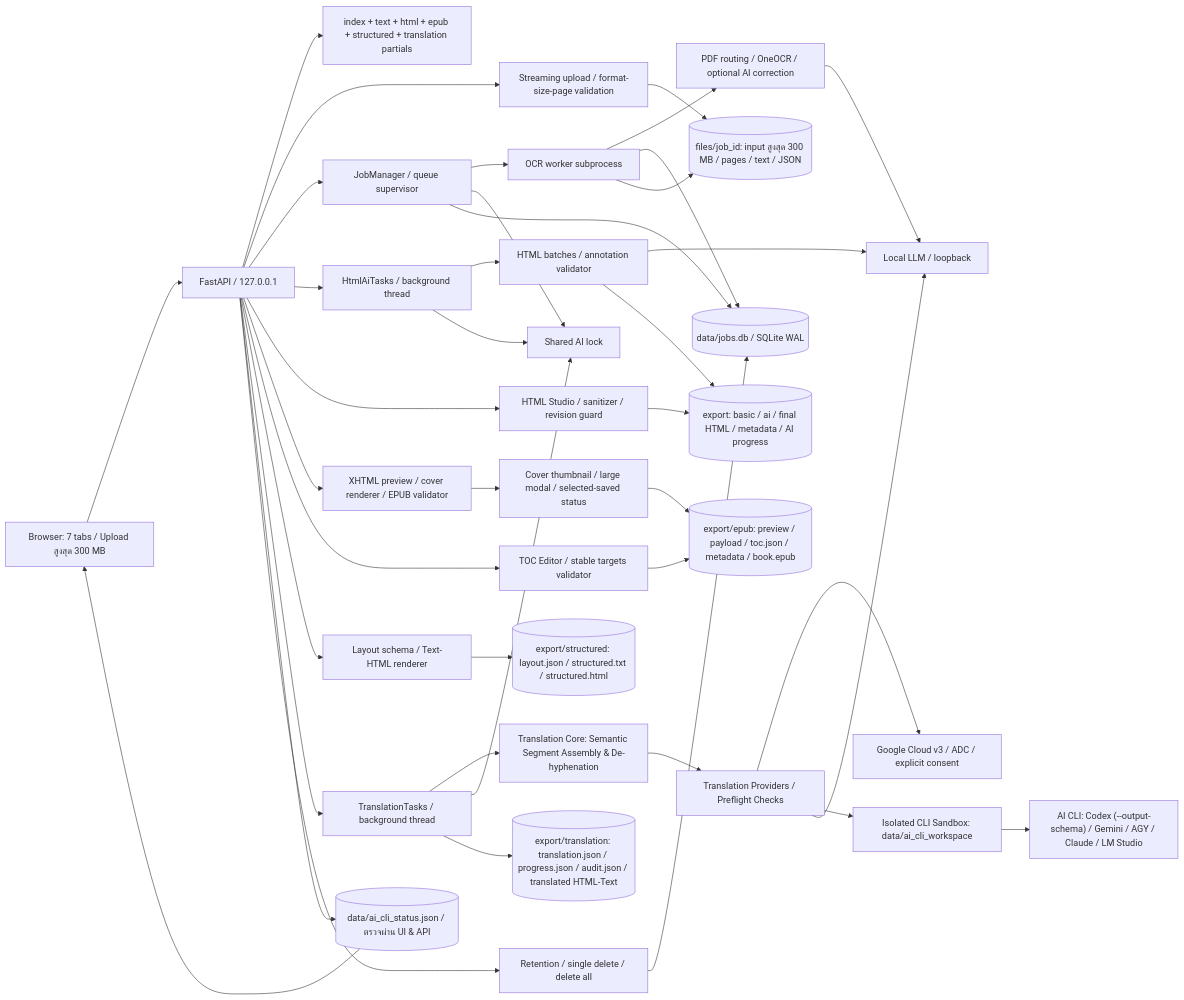
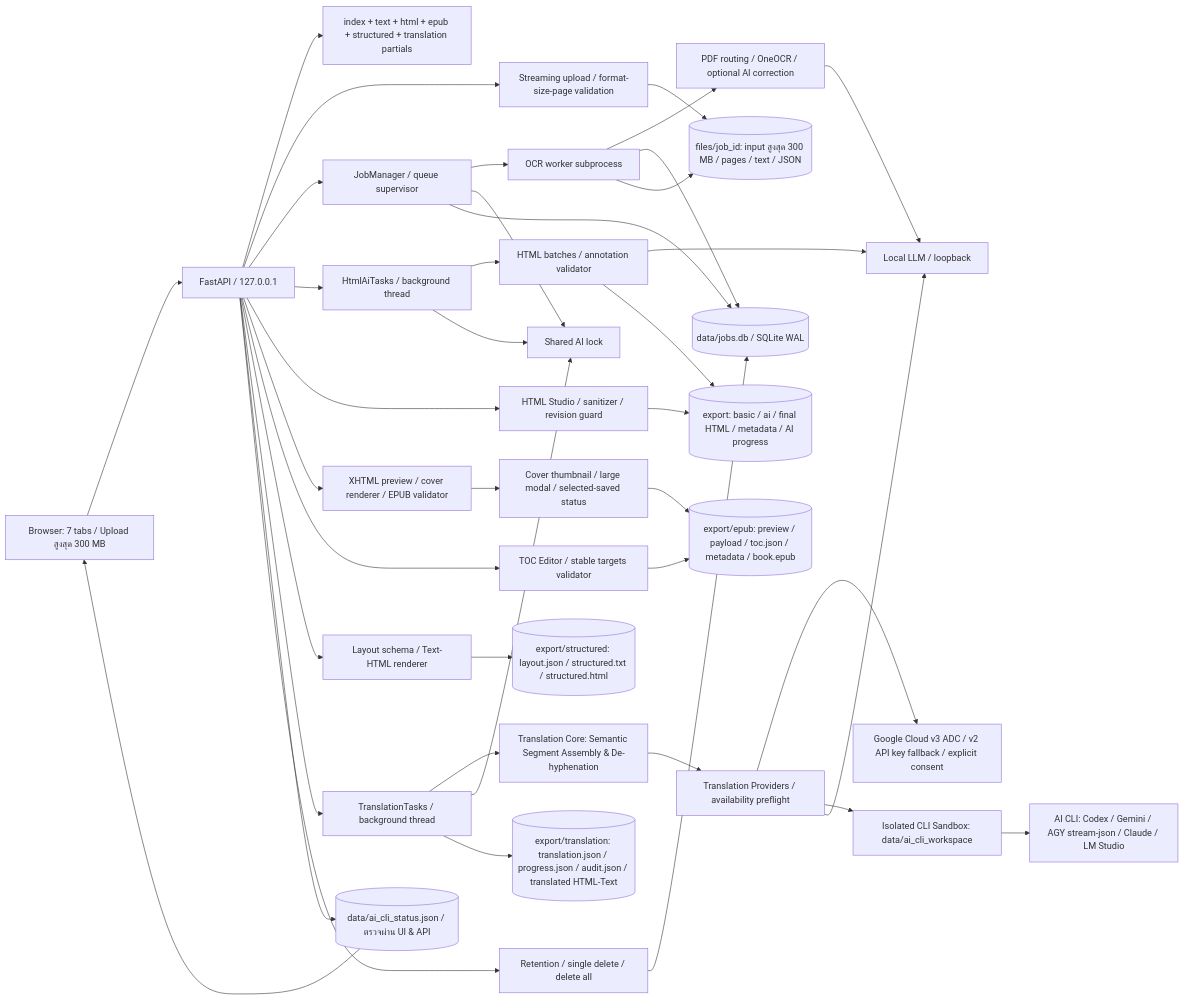
One commit to anuwatm/pdf-ocr-studio changed the first of 11 diagrams in readme.md. Above: the diagram before and after it, drawn with Mermaid. The commit also changed other lines of this file and 90 other files, not shown here.

````diff
--- a/readme.md
+++ b/readme.md
@@ -139,42 +139,42 @@
 ```mermaid
 flowchart LR
     UI["Browser: 7 tabs / Upload สูงสุด 300 MB"] --> API["FastAPI / 127.0.0.1"]
     API --> Templates["index + text + html + epub + structured + translation partials"]
     API --> Upload["Streaming upload / format-size-page validation"]
     API --> Manager["JobManager / queue supervisor"]
     Manager --> Worker["OCR worker subprocess"]
     Worker --> Pipeline["PDF routing / OneOCR / optional AI correction"]
     API --> Tasks["HtmlAiTasks / background thread"]
     Tasks --> Exporter["HTML batches / annotation validator"]
     Manager --> Lock["Shared AI lock"]
     Tasks --> Lock
     Pipeline --> LLM["Local LLM / loopback"]
     Exporter --> LLM
     API --> Editor["HTML Studio / sanitizer / revision guard"]
     API --> EPUB["XHTML preview / cover renderer / EPUB validator"]
     EPUB --> CoverUX["Cover thumbnail / large modal / selected-saved status"]
     API --> TOC["TOC Editor / stable targets validator"]
     API --> Structured["Layout schema / Text-HTML renderer"]
     API --> Translation["TranslationTasks / background thread"]
     API --> CLIStatus[("data/ai_cli_status.json / ตรวจผ่าน UI & API")]
     CLIStatus --> UI
     Translation --> Core["Translation Core: Semantic Segment Assembly & De-hyphenation"]
-    Core --> Providers["Translation Providers / Preflight Checks"]
-    Providers --> Cloud["Google Cloud v3 / ADC / explicit consent"]
+    Core --> Providers["Translation Providers / availability preflight"]
+    Providers --> Cloud["Google Cloud v3 ADC / v2 API key fallback / explicit consent"]
     Providers --> Sandbox["Isolated CLI Sandbox: data/ai_cli_workspace"]
-    Sandbox --> CLI["AI CLI: Codex (--output-schema) / Gemini / AGY / Claude / LM Studio"]
+    Sandbox --> CLI["AI CLI: Codex / Gemini / AGY stream-json / Claude / LM Studio"]
     Providers --> LLM
     Translation --> Lock
     API --> Cleanup["Retention / single delete / delete all"]
     Manager --> DB[("data/jobs.db / SQLite WAL")]
     Worker --> DB
     Cleanup --> DB
     Upload --> Files[("files/job_id: input สูงสุด 300 MB / pages / text / JSON")]
     Worker --> Files
     Exporter --> Exports[("export: basic / ai / final HTML / metadata / AI progress")]
     Editor --> Exports
     TOC --> Books[("export/epub: preview / payload / toc.json / metadata / book.epub")]
     CoverUX --> Books
     Structured --> Layouts[("export/structured: layout.json / structured.txt / structured.html")]
     Translation --> TransOut[("export/translation: translation.json / progress.json / audit.json / translated HTML-Text")]
 ```
````
